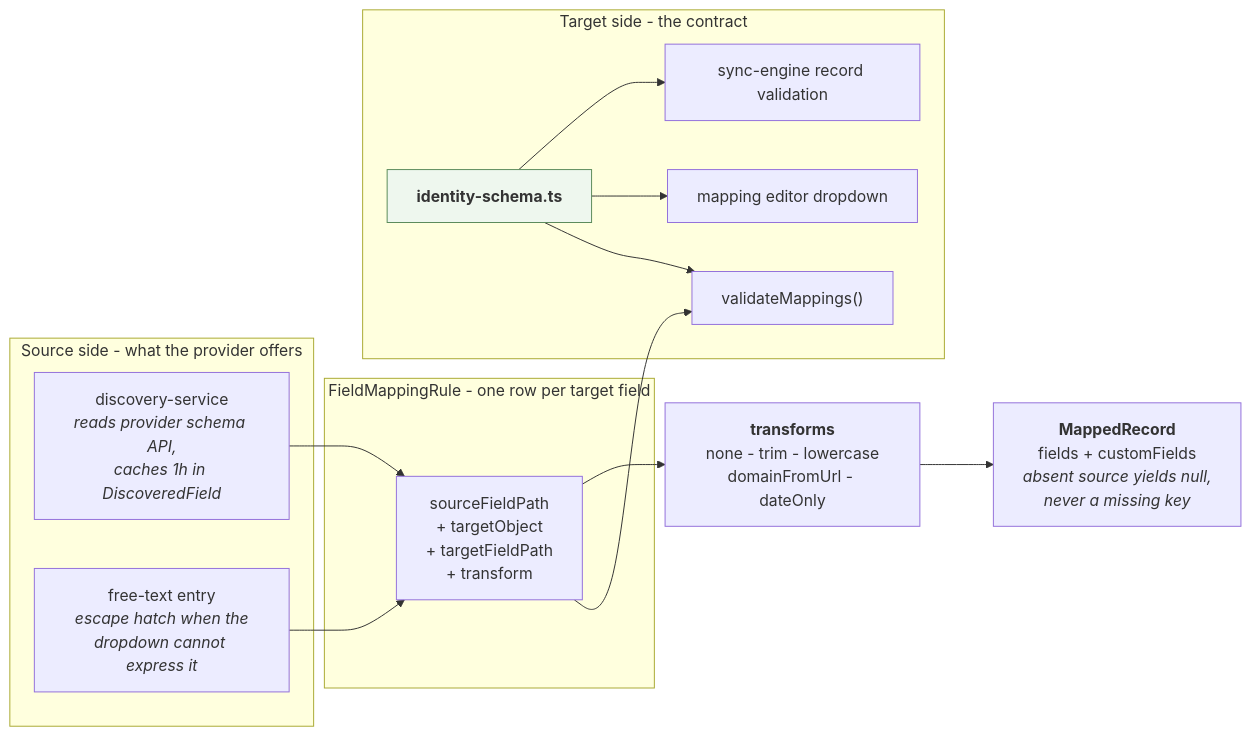
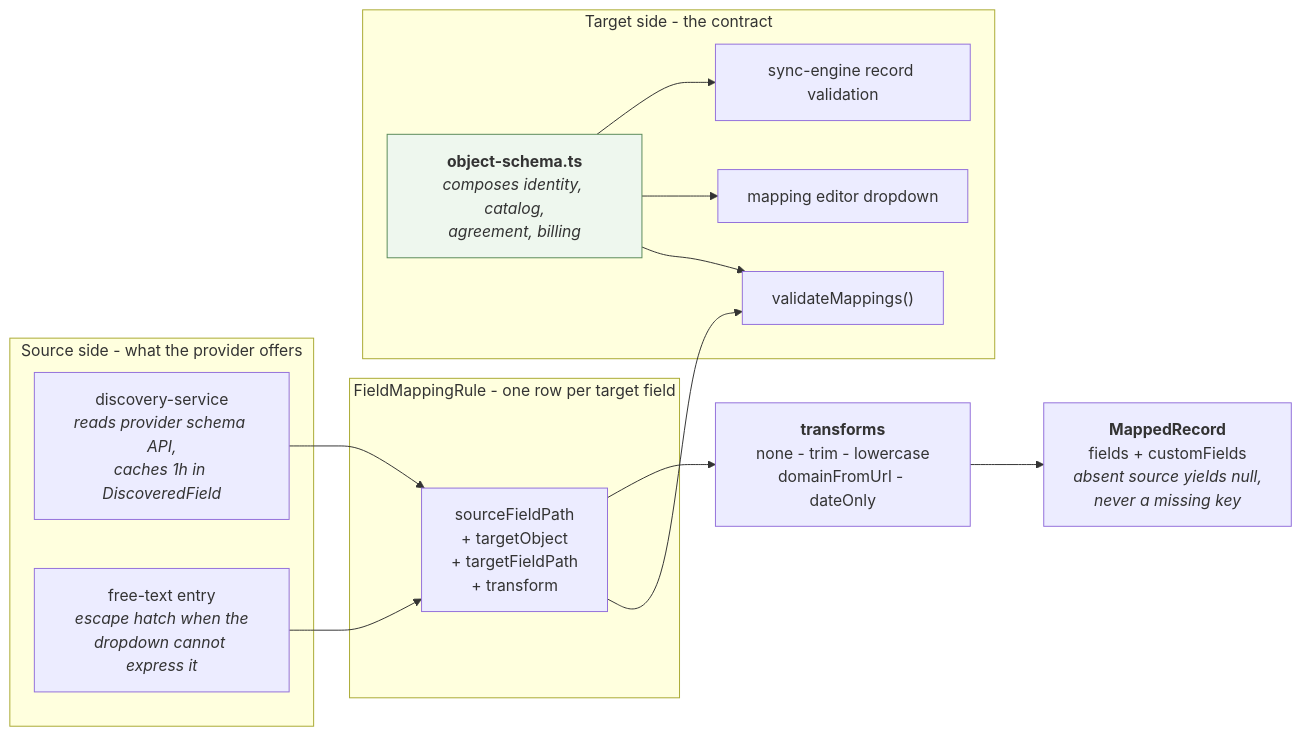
The fourth of 9 diagrams in docs/architecture.md (ajibade-ibrahim/Integration-Demo), drawn with Mermaid before and after one commit. The commit also changed other lines of this file and 4 other files, not shown here.

````diff
--- a/docs/architecture.md
+++ b/docs/architecture.md
@@ -217,31 +219,31 @@
 ```mermaid
 flowchart LR
     subgraph src["Source side - what the provider offers"]
         DISCO["discovery-service<br/><i>reads provider schema API,<br/>caches 1h in DiscoveredField</i>"]
         FREE["free-text entry<br/><i>escape hatch when the<br/>dropdown cannot express it</i>"]
     end
 
     subgraph rule["FieldMappingRule - one row per target field"]
         R["sourceFieldPath<br/>+ targetObject<br/>+ targetFieldPath<br/>+ transform"]
     end
 
     subgraph tgt["Target side - the contract"]
-        IS["<b>identity-schema.ts</b>"]
+        IS["<b>object-schema.ts</b><br/><i>composes identity, catalog,<br/>agreement, billing</i>"]
         C1["validateMappings()"]
         C2["mapping editor dropdown"]
         C3["sync-engine record validation"]
         IS --> C1
         IS --> C2
         IS --> C3
     end
 
     T["<b>transforms</b><br/>none - trim - lowercase<br/>domainFromUrl - dateOnly"]
 
     DISCO --> R
     FREE --> R
     R --> C1
     R --> T
     T --> OUT["<b>MappedRecord</b><br/>fields + customFields<br/><i>absent source yields null,<br/>never a missing key</i>"]
 
     style IS fill:#eef7ee,stroke:#5a8a5a
 ```
````
